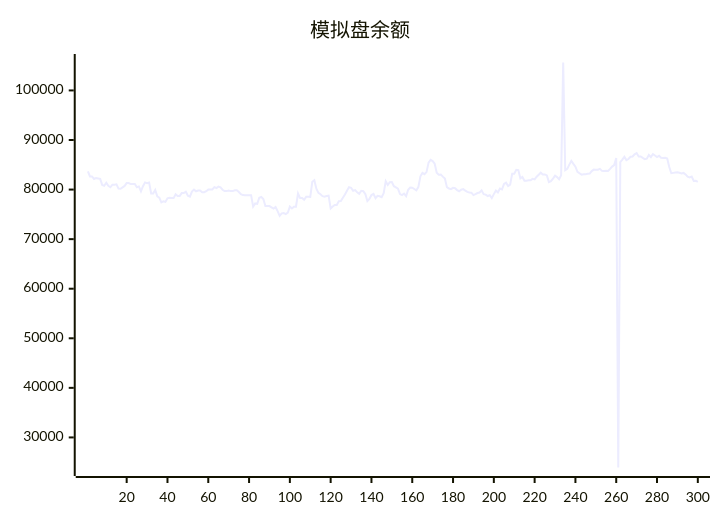
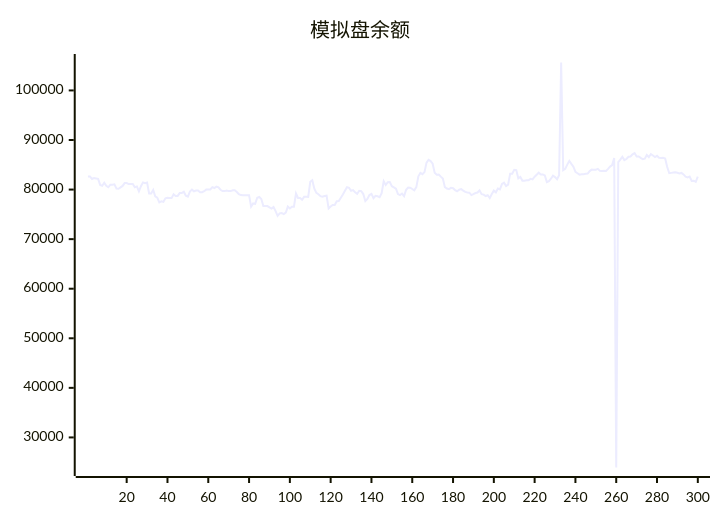
Before and after one commit to aahl/ai-trading: the diagram in README.md, drawn with Mermaid. The commit also changed other lines of this file and 1 other file, not shown here.

````diff
--- a/README.md
+++ b/README.md
@@ -5,5 +5,5 @@
 ```mermaid
 xychart
     title "模拟盘余额"
-    line [83652,82655,82655,82145,82315,82243,82163,80934,80770,81371,80742,80468,80989,80989,81067,80191,80155,80450,80737,81309,81309,81106,81119,81119,80471,80631,79624,80670,81448,81290,81429,79212,79222,79940,78643,78380,77432,77623,77504,78235,78358,78284,78277,79048,78714,78714,79290,79308,79567,78763,78563,79603,79988,79652,79813,79813,79476,79469,79673,79995,80015,80015,80486,80314,80600,80436,79966,79689,79689,79819,79692,79692,79850,79850,79518,79071,78889,78850,78850,78878,78878,76554,77202,77103,78357,78510,78106,76678,76677,76672,76411,76159,76485,75656,74695,75197,75246,75052,75334,76564,76179,76553,76551,79196,78300,78300,77944,78531,78531,78521,81564,81884,80160,79335,79055,78675,78580,78708,78764,76179,76586,76902,76876,77658,77669,78346,79023,79769,80497,80366,79761,79896,79448,79126,79749,79658,79097,77695,78114,78888,79126,78249,78738,78653,78478,79271,81680,80923,81488,81527,80681,80455,80190,79084,78879,79193,78686,79954,80403,80374,80118,79848,80491,82665,83351,83098,83525,85430,85983,85737,85221,83378,83014,83043,82613,82216,80477,80208,80081,80348,80277,79894,79670,79965,80093,79786,79542,79406,79371,78893,79087,79304,79406,79841,79072,78978,78696,78846,78272,79085,79787,79442,80198,80031,81120,81379,80718,80985,83214,83212,83993,83921,82270,82547,81776,81776,81866,81866,82158,82061,82596,83000,83408,83041,83050,82858,81503,81691,82188,82812,82517,82092,82901,105633,83898,84180,85030,85781,85178,84604,83569,83298,83008,83093,83107,83175,83228,83729,84025,84017,84019,84177,83775,83762,83785,83738,84160,84639,84939,86370,23934,85548,86046,86599,85942,86161,86622,86664,87115,87369,86666,86685,86384,86152,86243,86969,86548,87164,86885,86566,86809,86427,86348,86417,86273,84538,83299,83369,83430,83490,83404,83270,83362,83056,82605,82459,82614,81734,81788,81551]
+    line [82655,82655,82145,82315,82243,82163,80934,80770,81371,80742,80468,80989,80989,81067,80191,80155,80450,80737,81309,81309,81106,81119,81119,80471,80631,79624,80670,81448,81290,81429,79212,79222,79940,78643,78380,77432,77623,77504,78235,78358,78284,78277,79048,78714,78714,79290,79308,79567,78763,78563,79603,79988,79652,79813,79813,79476,79469,79673,79995,80015,80015,80486,80314,80600,80436,79966,79689,79689,79819,79692,79692,79850,79850,79518,79071,78889,78850,78850,78878,78878,76554,77202,77103,78357,78510,78106,76678,76677,76672,76411,76159,76485,75656,74695,75197,75246,75052,75334,76564,76179,76553,76551,79196,78300,78300,77944,78531,78531,78521,81564,81884,80160,79335,79055,78675,78580,78708,78764,76179,76586,76902,76876,77658,77669,78346,79023,79769,80497,80366,79761,79896,79448,79126,79749,79658,79097,77695,78114,78888,79126,78249,78738,78653,78478,79271,81680,80923,81488,81527,80681,80455,80190,79084,78879,79193,78686,79954,80403,80374,80118,79848,80491,82665,83351,83098,83525,85430,85983,85737,85221,83378,83014,83043,82613,82216,80477,80208,80081,80348,80277,79894,79670,79965,80093,79786,79542,79406,79371,78893,79087,79304,79406,79841,79072,78978,78696,78846,78272,79085,79787,79442,80198,80031,81120,81379,80718,80985,83214,83212,83993,83921,82270,82547,81776,81776,81866,81866,82158,82061,82596,83000,83408,83041,83050,82858,81503,81691,82188,82812,82517,82092,82901,105633,83898,84180,85030,85781,85178,84604,83569,83298,83008,83093,83107,83175,83228,83729,84025,84017,84019,84177,83775,83762,83785,83738,84160,84639,84939,86370,23934,85548,86046,86599,85942,86161,86622,86664,87115,87369,86666,86685,86384,86152,86243,86969,86548,87164,86885,86566,86809,86427,86348,86417,86273,84538,83299,83369,83430,83490,83404,83270,83362,83056,82605,82459,82614,81734,81788,81551,82598]
 ```
````
